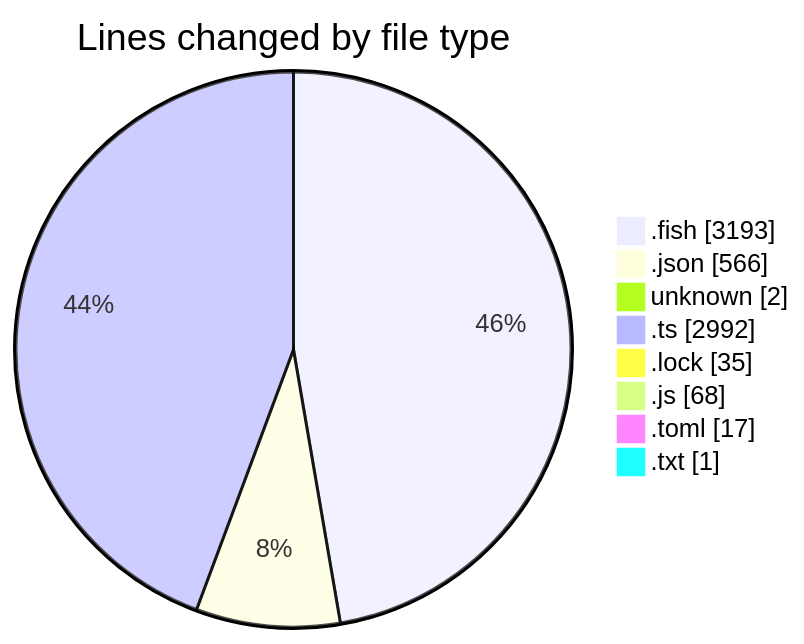
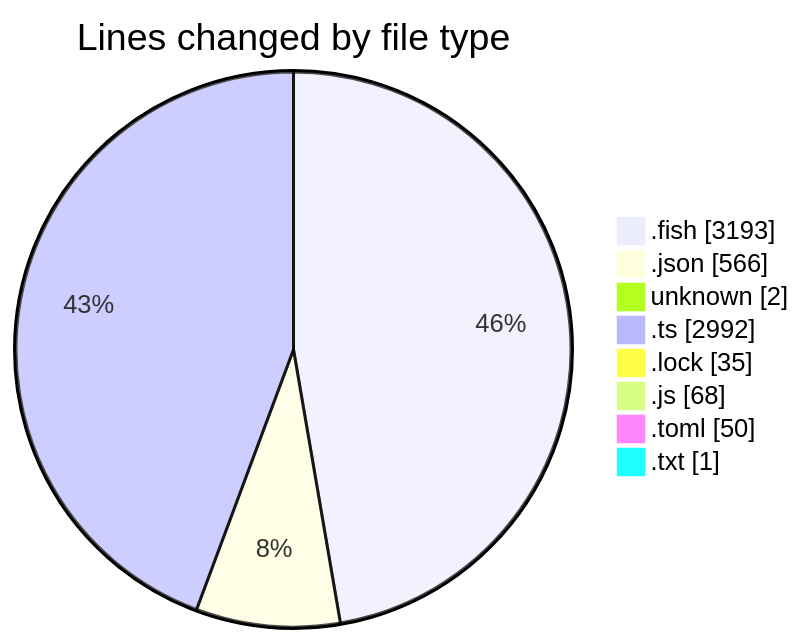
Before and after one commit to EIIisD/code-tracking: the first of 2 diagrams in 2025-07-12/fish/README.md, drawn with Mermaid. The commit also changed other lines of this file and 1 other file, not shown here.

````diff
--- a/2025-07-12/fish/README.md
+++ b/2025-07-12/fish/README.md
@@ -161,12 +162,12 @@
 ```mermaid
 pie showData
 title Lines changed by file type
 ".fish" : 3193
 ".json" : 566
 "unknown" : 2
 ".ts" : 2992
 ".lock" : 35
 ".js" : 68
-".toml" : 17
+".toml" : 50
 ".txt" : 1
 ```
````
